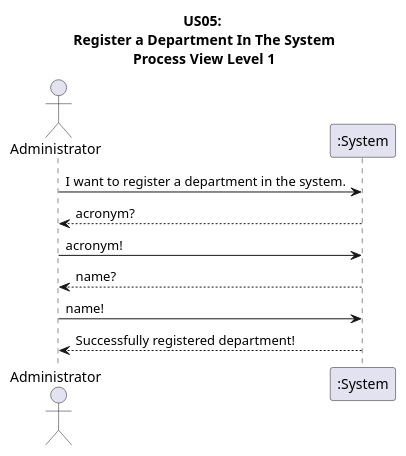
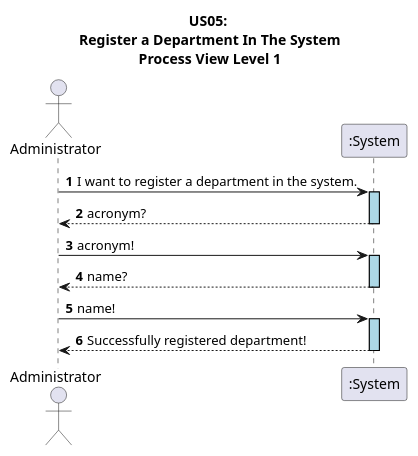
Before and after one commit to GasparISEP/DevOps-PAI: the diagram in docs/US05/sprint6_RestAPI/ProcessView/US05_RestAPI_ProcessView_Level1.puml, drawn with PlantUML. The commit also changed 1 other file, not shown here.

Commit message:
doc: minimal refactor of Level1 and Level2 ProcessView diagram to Department Registration documentation files (refs #500, refs #575)

```diff
--- a/docs/US05/sprint6_RestAPI/ProcessView/US05_RestAPI_ProcessView_Level1.puml
+++ b/docs/US05/sprint6_RestAPI/ProcessView/US05_RestAPI_ProcessView_Level1.puml
@@ -1,14 +1,19 @@
 @startuml
-'https://plantuml.com/sequence-diagram
+autonumber
+
+skinparam sequence {
+   LifelineBorderColor black
+   LifelineBackgroundColor LightBlue
+ }
 
 title US05:\n Register a Department In The System\n Process View Level 1
 actor Administrator
 participant ":System" as System
 
-Administrator -> System: I want to register a department in the system.
-System --> Administrator: acronym?
-Administrator -> System: acronym!
-System --> Administrator: name?
-Administrator -> System: name!
-System --> Administrator: Successfully registered department!
+Administrator -> System ++: I want to register a department in the system.
+System --> Administrator --: acronym?
+Administrator -> System ++: acronym!
+System --> Administrator --: name?
+Administrator -> System ++: name!
+System --> Administrator --: Successfully registered department!
 @enduml
```
